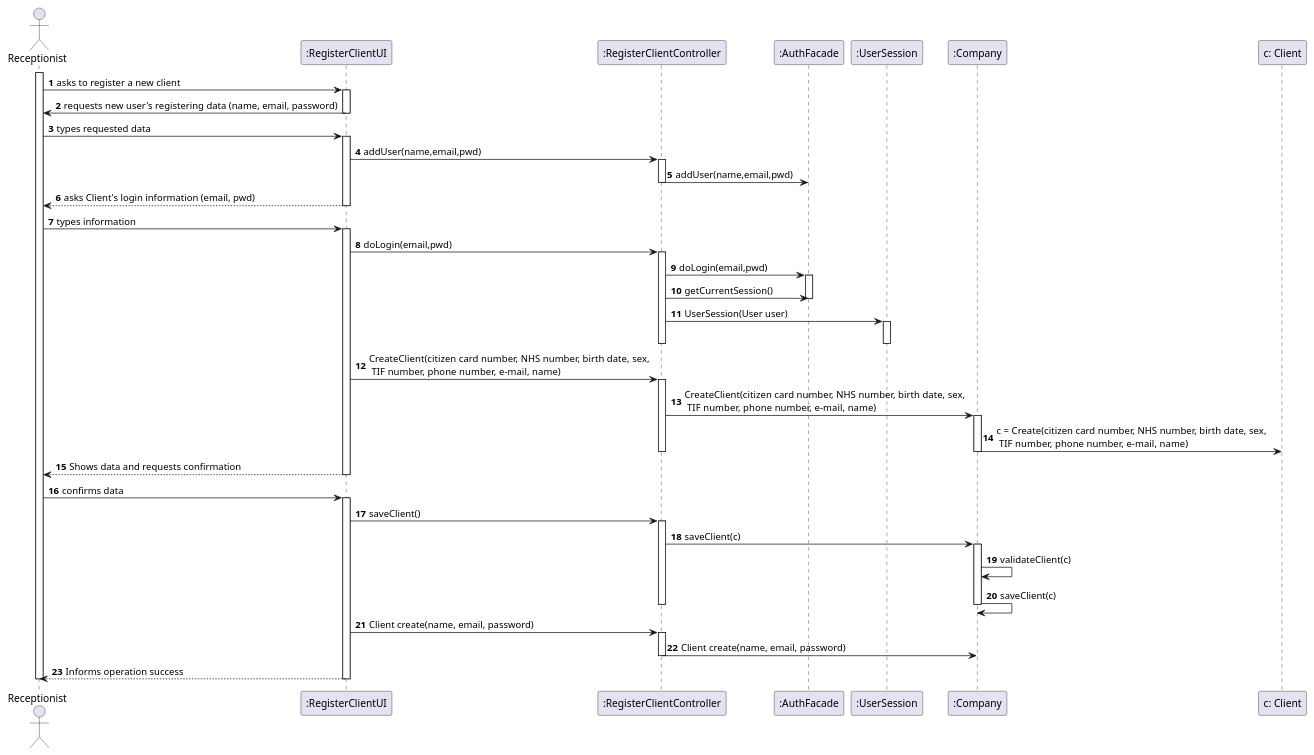
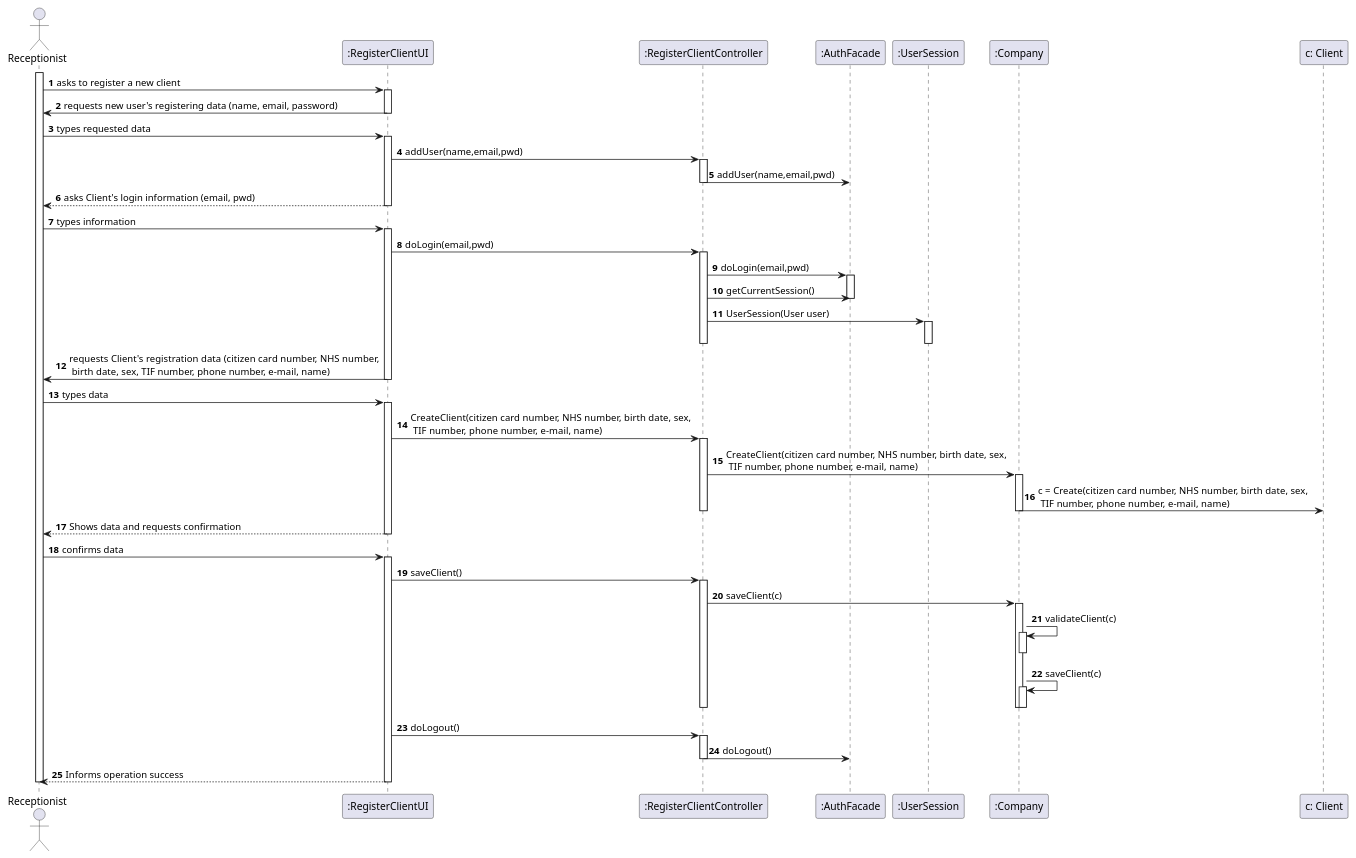
One commit to MarianaCLages/LAPR2 changed the diagram in docs/SprintB/US03/US3_SD.puml. Above: the diagram before and after it, drawn with PlantUML.

Commit message:
US3: SD update

```diff
--- a/docs/SprintB/US03/US3_SD.puml
+++ b/docs/SprintB/US03/US3_SD.puml
@@ -1,79 +1,82 @@
 @startuml
 autonumber
 
 actor Receptionist as R
 participant ":RegisterClientUI" as UI
 participant ":RegisterClientController" as CTRL
 participant ":AuthFacade" as Auth
 participant ":UserSession" as User
 participant ":Company" as COMPANY
 participant "c: Client" as C
 
 
 activate R
 R -> UI: asks to register a new client
 activate UI
 
 R <- UI: requests new user's registering data (name, email, password)
 deactivate UI
 R -> UI: types requested data
 activate UI
 UI -> CTRL : addUser(name,email,pwd)
 activate CTRL
 CTRL -> Auth: addUser(name,email,pwd)
 deactivate CTRL
 
 UI --> R: asks Client's login information (email, pwd)
 deactivate UI
 R -> UI: types information
 activate UI
 
 UI -> CTRL : doLogin(email,pwd)
 activate CTRL
 CTRL -> Auth: doLogin(email,pwd)
 activate Auth
 CTRL -> Auth: getCurrentSession()
 deactivate Auth
 CTRL -> User: UserSession(User user)
 activate User
 deactivate User
 deactivate CTRL
 
 deactivate CTRL
-
-
+UI -> R: requests Client's registration data (citizen card number, NHS number,\n birth date, sex, TIF number, phone number, e-mail, name)
+deactivate UI
+R -> UI: types data
+activate UI
 UI -> CTRL : CreateClient(citizen card number, NHS number, birth date, sex,\n TIF number, phone number, e-mail, name)
 activate CTRL
 CTRL -> COMPANY: CreateClient(citizen card number, NHS number, birth date, sex,\n TIF number, phone number, e-mail, name)
 activate COMPANY
 
 COMPANY -> C: c = Create(citizen card number, NHS number, birth date, sex,\n TIF number, phone number, e-mail, name)
 deactivate COMPANY
 deactivate CTRL
 R <-- UI: Shows data and requests confirmation
 deactivate UI
 R -> UI: confirms data
 activate UI
 UI-> CTRL : saveClient()
 activate CTRL
 CTRL -> COMPANY: saveClient(c)
 activate COMPANY
 COMPANY -> COMPANY : validateClient(c)
-
+activate COMPANY
+deactivate COMPANY
 COMPANY -> COMPANY : saveClient(c)
+activate COMPANY
+deactivate COMPANY
 deactivate COMPANY
 deactivate CTRL
-UI -> CTRL : Client create(name, email, password)
+
+deactivate CTRL
+UI -> CTRL: doLogout()
 activate CTRL
-CTRL -> COMPANY: Client create(name, email, password)
+CTRL -> Auth: doLogout()
 deactivate CTRL
-
 UI --> R : Informs operation success
 deactivate CTRL
 deactivate UI
 deactivate R
 
-
-
-
 @enduml
```
